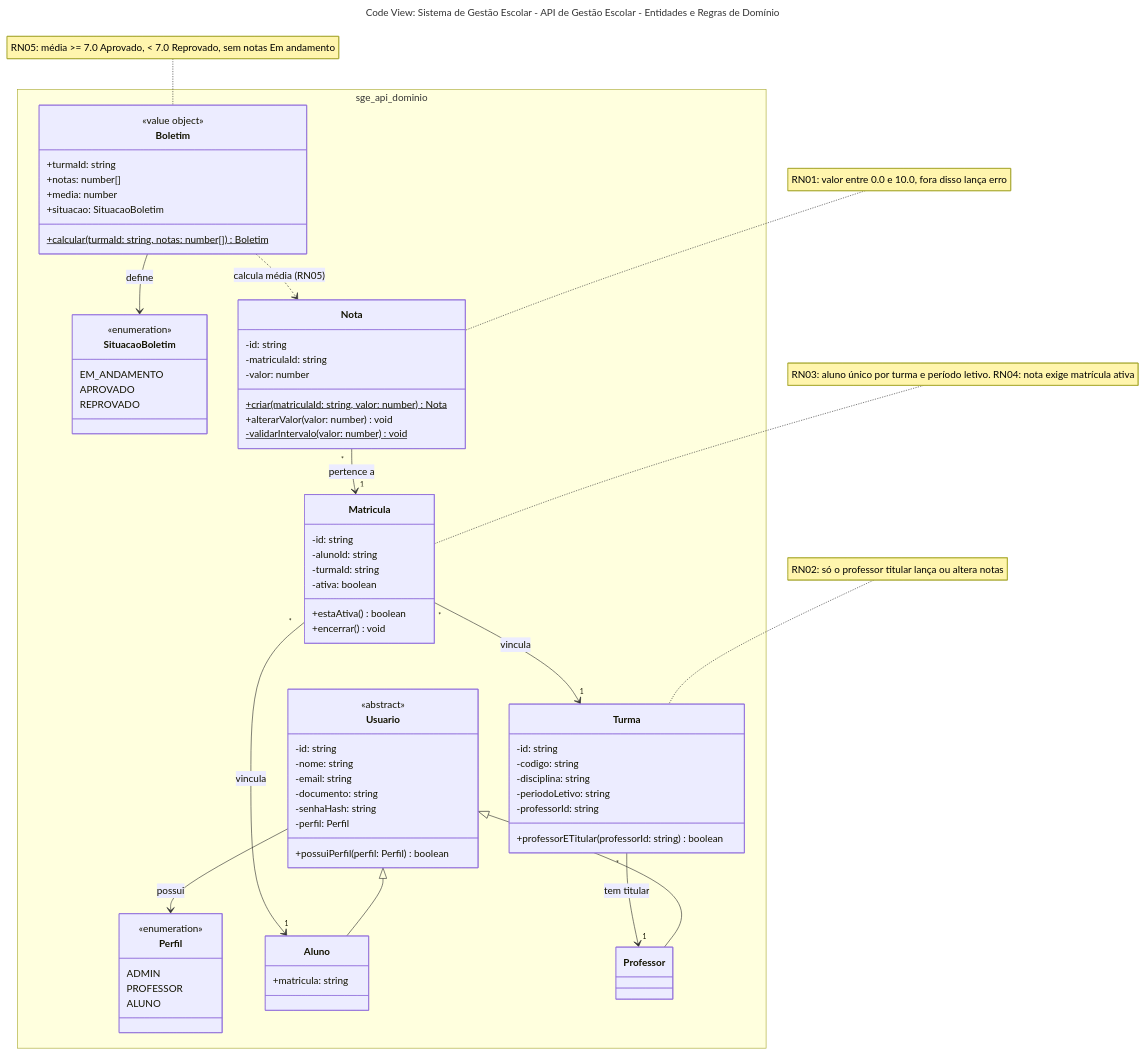
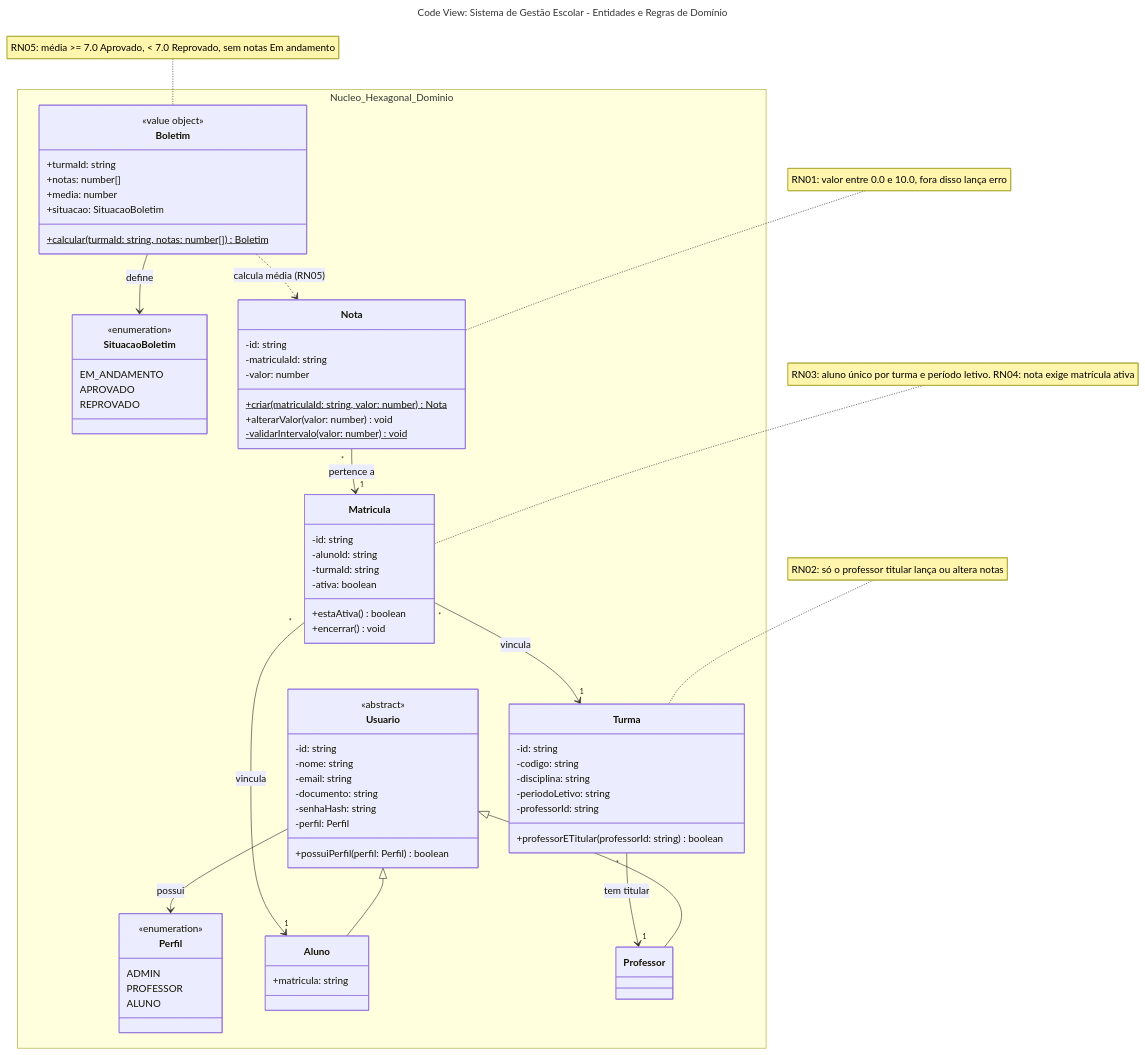
Before and after one commit to cicerocarnauba/sistema-gestao-escolar: the diagram in docs/codigo-dominio.mmd, drawn with Mermaid. The commit also changed 13 other files, not shown here.

```diff
--- a/docs/codigo-dominio.mmd
+++ b/docs/codigo-dominio.mmd
@@ -1,90 +1,90 @@
 ---
-title: "Code View: Sistema de Gestão Escolar - API de Gestão Escolar - Entidades e Regras de Domínio"
+title: "Code View: Sistema de Gestão Escolar - Entidades e Regras de Domínio"
 ---
 classDiagram
 direction TB
 
-namespace sge_api_dominio {
+namespace Nucleo_Hexagonal_Dominio {
   class Perfil {
     <<enumeration>>
     ADMIN
     PROFESSOR
     ALUNO
   }
 
   class SituacaoBoletim {
     <<enumeration>>
     EM_ANDAMENTO
     APROVADO
     REPROVADO
   }
 
   class Usuario {
     <<abstract>>
     -id: string
     -nome: string
     -email: string
     -documento: string
     -senhaHash: string
     -perfil: Perfil
     +possuiPerfil(perfil: Perfil) boolean
   }
 
   class Aluno {
     +matricula: string
   }
 
   class Professor {
   }
 
   class Turma {
     -id: string
     -codigo: string
     -disciplina: string
     -periodoLetivo: string
     -professorId: string
     +professorETitular(professorId: string) boolean
   }
 
   class Matricula {
     -id: string
     -alunoId: string
     -turmaId: string
     -ativa: boolean
     +estaAtiva() boolean
     +encerrar() void
   }
 
   class Nota {
     -id: string
     -matriculaId: string
     -valor: number
     +criar(matriculaId: string, valor: number)$ Nota
     +alterarValor(valor: number) void
     -validarIntervalo(valor: number)$ void
   }
 
   class Boletim {
     <<value object>>
     +turmaId: string
     +notas: number[]
     +media: number
     +situacao: SituacaoBoletim
     +calcular(turmaId: string, notas: number[])$ Boletim
   }
 }
 
 Usuario <|-- Aluno
 Usuario <|-- Professor
 Usuario --> Perfil : possui
 Turma "*" --> "1" Professor : tem titular
 Matricula "*" --> "1" Aluno : vincula
 Matricula "*" --> "1" Turma : vincula
 Nota "*" --> "1" Matricula : pertence a
 Boletim --> SituacaoBoletim : define
 Boletim ..> Nota : calcula média (RN05)
 
 note for Nota "RN01: valor entre 0.0 e 10.0, fora disso lança erro"
 note for Turma "RN02: só o professor titular lança ou altera notas"
 note for Matricula "RN03: aluno único por turma e período letivo. RN04: nota exige matrícula ativa"
 note for Boletim "RN05: média >= 7.0 Aprovado, < 7.0 Reprovado, sem notas Em andamento"
```
